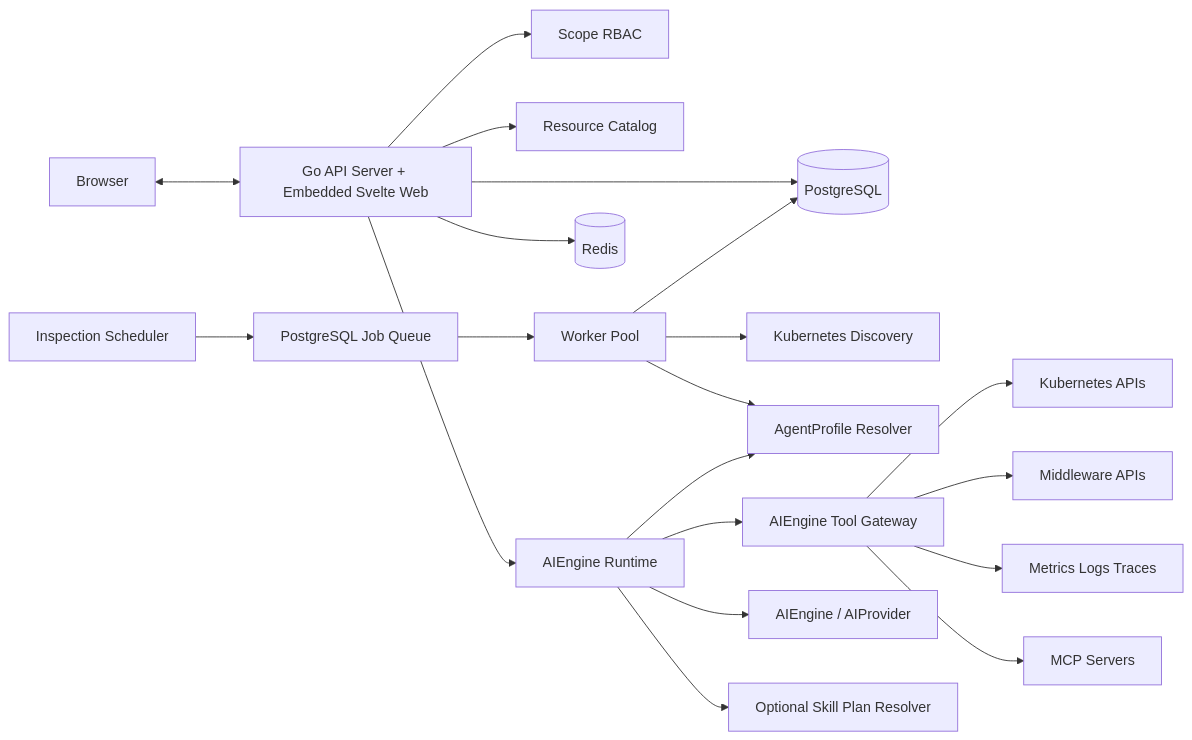
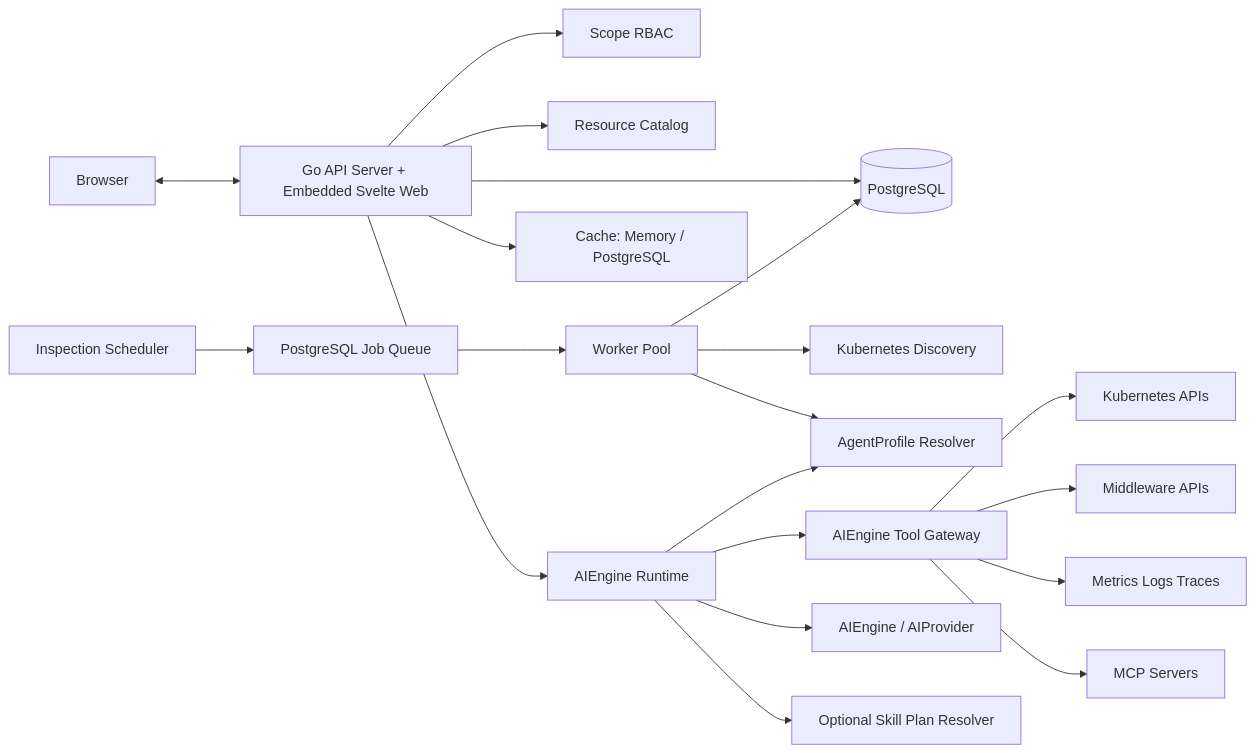
Before and after one commit to xshrim/opskeeper: the diagram in docs/design/architecture.md, drawn with Mermaid. The commit also changed other lines of this file and 45 other files, not shown here.

````diff
--- a/docs/design/architecture.md
+++ b/docs/design/architecture.md
@@ -45,22 +45,22 @@
 ```mermaid
 flowchart LR
     UI[Browser] <--> API[Go API Server + Embedded Svelte Web]
     API --> Auth[Scope RBAC]
     API --> Catalog[Resource Catalog]
     API --> AI[AIEngine Runtime]
     API --> PG[(PostgreSQL)]
-    API --> Redis[(Redis)]
+    API --> Cache[Cache: Memory / PostgreSQL]
     Scheduler[Inspection Scheduler] --> Jobs[PostgreSQL Job Queue]
     Jobs --> Worker[Worker Pool]
     Worker --> Discovery[Kubernetes Discovery]
     Worker --> Profiles[AgentProfile Resolver]
     AI --> Gateway[AIEngine Tool Gateway]
     Gateway --> K8S[Kubernetes APIs]
     Gateway --> Middleware[Middleware APIs]
     Gateway --> Observability[Metrics Logs Traces]
     Gateway --> MCP[MCP Servers]
     AI --> LLM[AIEngine / AIProvider]
     AI --> Skills[Optional Skill Plan Resolver]
     AI --> Profiles
     Worker --> PG
 ```
````
